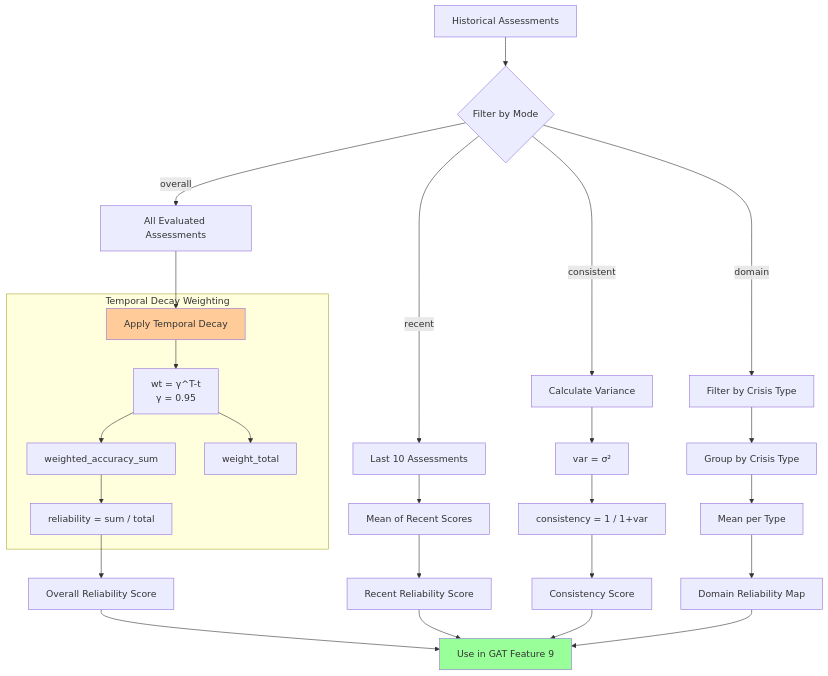
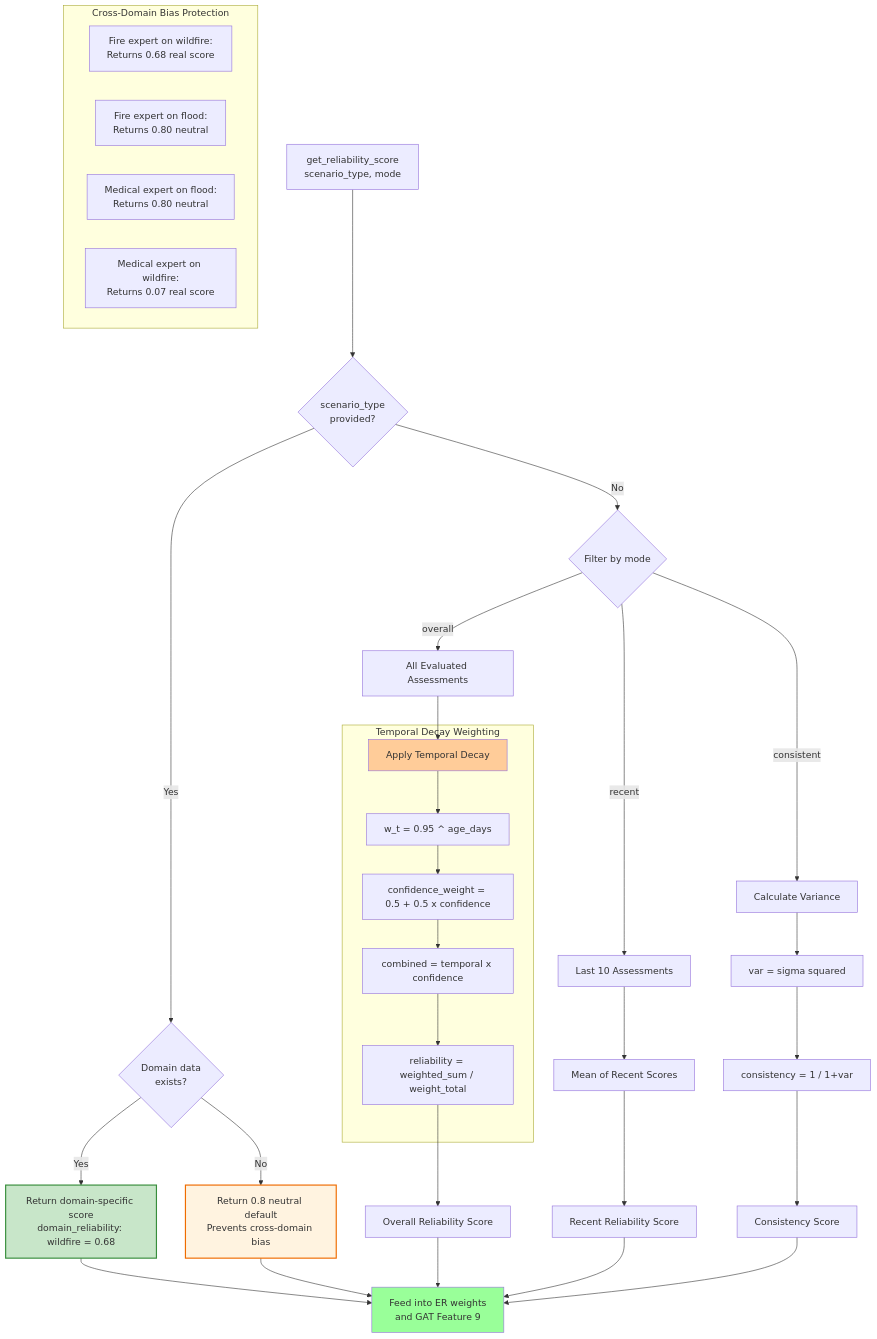
One commit to kerbgr/crisis_mas_poc changed diagram 18 of 22 in ARCHITECTURE_DIAGRAMS.md. Above: the diagram before and after it, drawn with Mermaid. The commit also changed other lines of this file and 4 other files, not shown here.

Commit message:
relaibility_tracker optimisation and updates on mermaids

````diff
--- a/ARCHITECTURE_DIAGRAMS.md
+++ b/ARCHITECTURE_DIAGRAMS.md
@@ -817,39 +966,51 @@
 ```mermaid
 flowchart TB
-    START[Historical Assessments] --> FILTER{Filter by Mode}
+    START[get_reliability_score<br/>scenario_type, mode] --> HAS_TYPE{scenario_type<br/>provided?}
 
-    FILTER -->|overall| ALL[All Evaluated Assessments]
-    FILTER -->|recent| WINDOW[Last 10 Assessments]
-    FILTER -->|consistent| VARIANCE[Calculate Variance]
-    FILTER -->|domain| DOMAIN[Filter by Crisis Type]
+    HAS_TYPE -->|Yes| DOMAIN_CHECK{Domain data<br/>exists?}
+    HAS_TYPE -->|No| MODE_FILTER{Filter by mode}
+
+    DOMAIN_CHECK -->|Yes| DOMAIN_SCORE[Return domain-specific score<br/>domain_reliability: wildfire = 0.68]
+    DOMAIN_CHECK -->|No| NEUTRAL[Return 0.8 neutral default<br/>Prevents cross-domain bias]
+
+    MODE_FILTER -->|overall| ALL[All Evaluated Assessments]
+    MODE_FILTER -->|recent| WINDOW[Last 10 Assessments]
+    MODE_FILTER -->|consistent| VARIANCE[Calculate Variance]
 
     ALL --> TEMPORAL[Apply Temporal Decay]
 
     subgraph "Temporal Decay Weighting"
-        TEMPORAL --> CALC_DECAY[wt = γ^T-t<br/>γ = 0.95]
-        CALC_DECAY --> WEIGHT_ACC[weighted_accuracy_sum]
-        CALC_DECAY --> WEIGHT_TOTAL[weight_total]
-        WEIGHT_ACC --> DIVIDE[reliability = sum / total]
+        TEMPORAL --> CALC_DECAY[w_t = 0.95 ^ age_days]
+        CALC_DECAY --> CONF_W[confidence_weight = 0.5 + 0.5 x confidence]
+        CONF_W --> COMBINED[combined = temporal x confidence]
+        COMBINED --> DIVIDE[reliability = weighted_sum / weight_total]
     end
 
     WINDOW --> MEAN[Mean of Recent Scores]
 
-    VARIANCE --> CALC_VAR[var = σ²]
+    VARIANCE --> CALC_VAR[var = sigma squared]
     CALC_VAR --> CONSISTENCY[consistency = 1 / 1+var]
-
-    DOMAIN --> GROUP[Group by Crisis Type]
-    GROUP --> DOMAIN_MEAN[Mean per Type]
 
     DIVIDE --> OUTPUT[Overall Reliability Score]
     MEAN --> OUTPUT2[Recent Reliability Score]
     CONSISTENCY --> OUTPUT3[Consistency Score]
-    DOMAIN_MEAN --> OUTPUT4[Domain Reliability Map]
 
-    OUTPUT --> USE[Use in GAT Feature 9]
+    subgraph "Cross-Domain Bias Protection"
+        direction LR
+        EX1[Fire expert on wildfire:<br/>Returns 0.68 real score]
+        EX2[Fire expert on flood:<br/>Returns 0.80 neutral]
+        EX3[Medical expert on flood:<br/>Returns 0.80 neutral]
+        EX4[Medical expert on wildfire:<br/>Returns 0.07 real score]
+    end
+
+    DOMAIN_SCORE --> USE[Feed into ER weights<br/>and GAT Feature 9]
+    NEUTRAL --> USE
+    OUTPUT --> USE
     OUTPUT2 --> USE
     OUTPUT3 --> USE
-    OUTPUT4 --> USE
 
+    style NEUTRAL fill:#fff3e0,stroke:#ef6c00,stroke-width:2px
+    style DOMAIN_SCORE fill:#c8e6c9,stroke:#388e3c,stroke-width:2px
     style TEMPORAL fill:#ffcc99
     style USE fill:#99ff99
 ```
````
